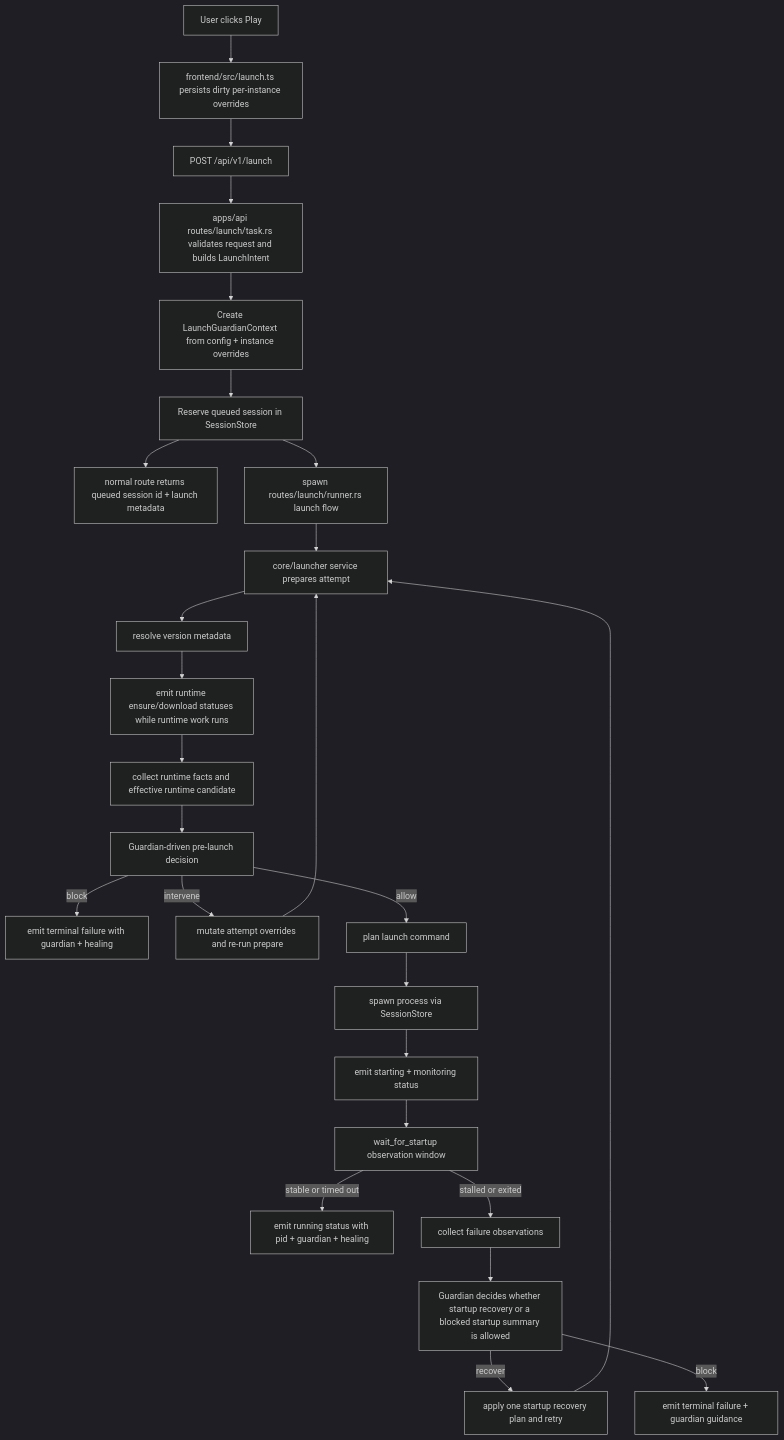
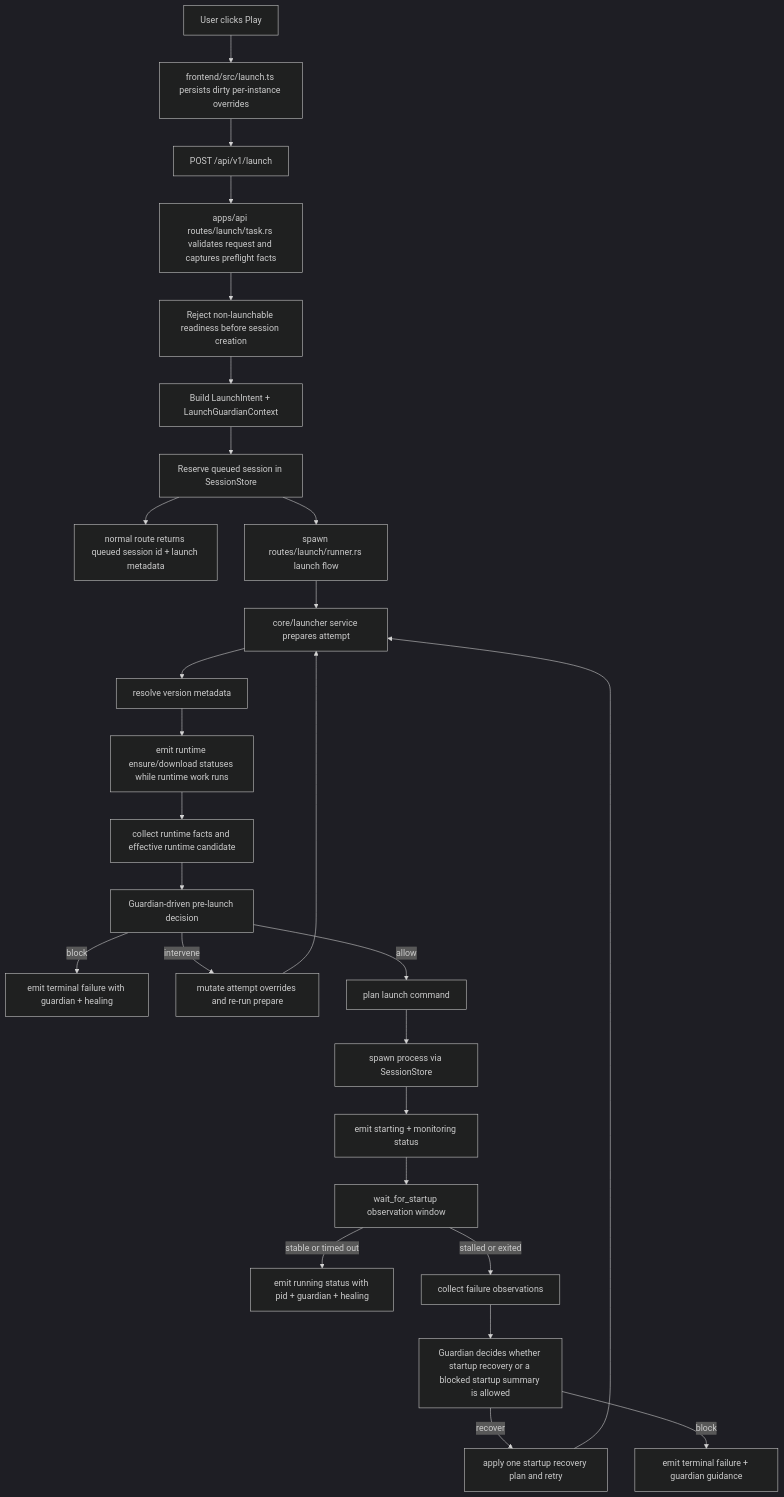
Before and after one commit to mateoltd/croopor: the second of 9 diagrams in docs/ARCHITECTURE.md, drawn with Mermaid (dark theme). The commit also changed other lines of this file and 3 other files, not shown here.

Commit message:
fix(launch): block incomplete version installs

````diff
--- a/docs/ARCHITECTURE.md
+++ b/docs/ARCHITECTURE.md
@@ -74,28 +74,29 @@
 ```mermaid
 flowchart TD
     A[User clicks Play] --> B[frontend/src/launch.ts persists dirty per-instance overrides]
     B --> C[POST /api/v1/launch]
-    C --> D[apps/api routes/launch/task.rs validates request and builds LaunchIntent]
-    D --> E[Create LaunchGuardianContext from config + instance overrides]
-    E --> F[Reserve queued session in SessionStore]
-    F --> G[normal route returns queued session id + launch metadata]
-    F --> H[spawn routes/launch/runner.rs launch flow]
-    H --> I[core/launcher service prepares attempt]
-    I --> J[resolve version metadata]
-    J --> K[emit runtime ensure/download statuses while runtime work runs]
-    K --> L[collect runtime facts and effective runtime candidate]
-    L --> M[Guardian-driven pre-launch decision]
-    M -->|block| N[emit terminal failure with guardian + healing]
-    M -->|intervene| O[mutate attempt overrides and re-run prepare]
-    M -->|allow| P[plan launch command]
-    O --> I
-    P --> Q[spawn process via SessionStore]
-    Q --> R[emit starting + monitoring status]
-    R --> S[wait_for_startup observation window]
-    S -->|stable or timed out| T[emit running status with pid + guardian + healing]
-    S -->|stalled or exited| U[collect failure observations]
-    U --> V[Guardian decides whether startup recovery or a blocked startup summary is allowed]
-    V -->|recover| W[apply one startup recovery plan and retry]
-    V -->|block| X[emit terminal failure + guardian guidance]
-    W --> I
+    C --> D[apps/api routes/launch/task.rs validates request and captures preflight facts]
+    D --> E[Reject non-launchable readiness before session creation]
+    E --> F[Build LaunchIntent + LaunchGuardianContext]
+    F --> G[Reserve queued session in SessionStore]
+    G --> H[normal route returns queued session id + launch metadata]
+    G --> I[spawn routes/launch/runner.rs launch flow]
+    I --> J[core/launcher service prepares attempt]
+    J --> K[resolve version metadata]
+    K --> L[emit runtime ensure/download statuses while runtime work runs]
+    L --> M[collect runtime facts and effective runtime candidate]
+    M --> N[Guardian-driven pre-launch decision]
+    N -->|block| O[emit terminal failure with guardian + healing]
+    N -->|intervene| P[mutate attempt overrides and re-run prepare]
+    N -->|allow| Q[plan launch command]
+    P --> J
+    Q --> R[spawn process via SessionStore]
+    R --> S[emit starting + monitoring status]
+    S --> T[wait_for_startup observation window]
+    T -->|stable or timed out| U[emit running status with pid + guardian + healing]
+    T -->|stalled or exited| V[collect failure observations]
+    V --> W[Guardian decides whether startup recovery or a blocked startup summary is allowed]
+    W -->|recover| X[apply one startup recovery plan and retry]
+    W -->|block| Y[emit terminal failure + guardian guidance]
+    X --> J
 ```
````
